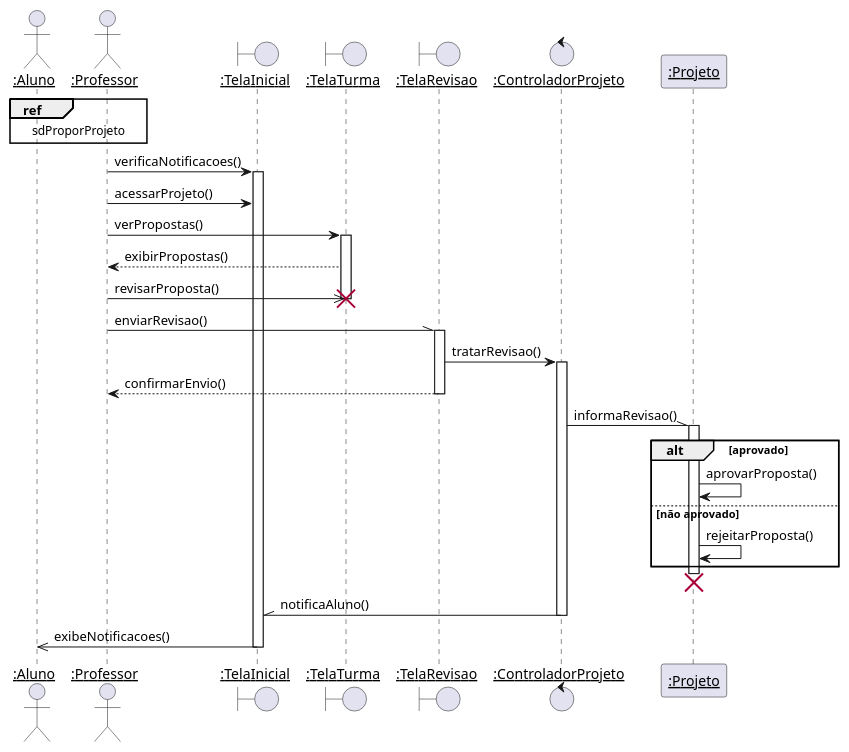
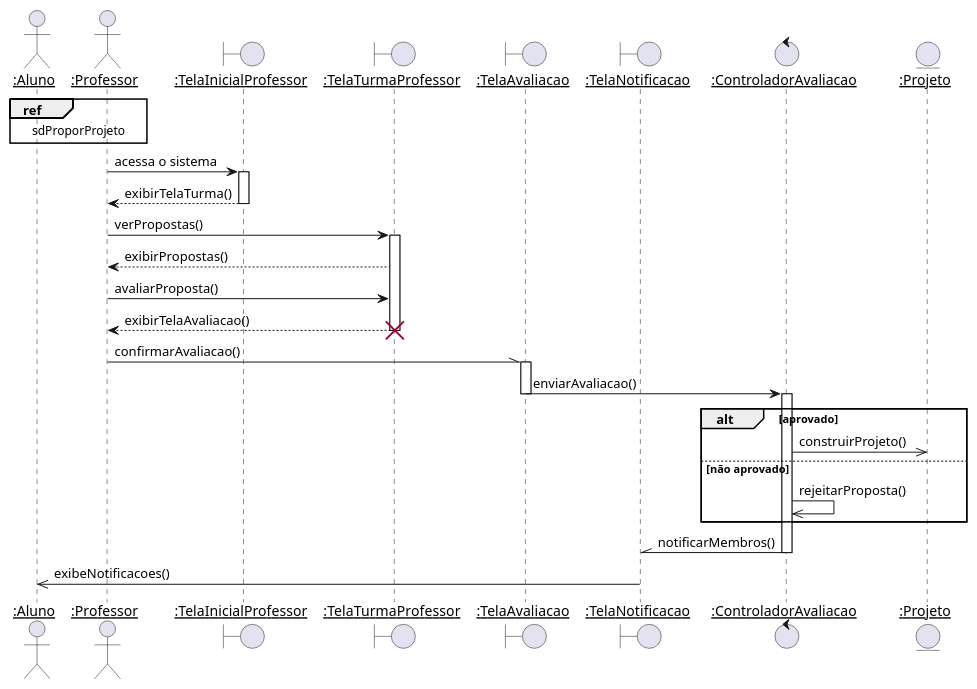
The diagram in diagramas/sequencia/avaliar_proposta.puml (Pedro-V/projetorium), drawn with PlantUML before and after one commit. The commit also changed 5 other files, not shown here.

Commit message:
Primeiros usecases feitos nos diagramas de classe e sequencia

```diff
--- a/diagramas/sequencia/avaliar_proposta.puml
+++ b/diagramas/sequencia/avaliar_proposta.puml
@@ -1,32 +1,32 @@
 @startuml
 skinparam sequenceParticipant underline
 
 actor ":Aluno" as Aluno
 actor ":Professor" as Professor
-boundary ":TelaInicial" as TelaInicial
-boundary ":TelaTurma" as TelaTurma
-boundary ":TelaRevisao" as TelaRevisao
-control ":ControladorProjeto" as ControladorProjeto
-participant ":Projeto" as Projeto
+boundary ":TelaInicialProfessor" as TelaInicialProfessor
+boundary ":TelaTurmaProfessor" as TelaTurmaProfessor
+boundary ":TelaAvaliacao" as TelaAvaliacao
+boundary ":TelaNotificacao" as TelaNotificacao
+control ":ControladorAvaliacao" as ControladorAvaliacao
+entity ":Projeto" as Projeto
 
 ref over Aluno, Professor : sdProporProjeto
 
-Professor -> TelaInicial ++: verificaNotificacoes()
-Professor -> TelaInicial : acessarProjeto()
-Professor -> TelaTurma  ++: verPropostas()
-TelaTurma --> Professor : exibirPropostas()
-Professor ->> TelaTurma : revisarProposta()
-destroy TelaTurma
-Professor -\\ TelaRevisao ++: enviarRevisao()
-TelaRevisao -> ControladorProjeto ++: tratarRevisao()
-TelaRevisao --> Professor --: confirmarEnvio()
-ControladorProjeto -\\ Projeto ++: informaRevisao()
+Professor -> TelaInicialProfessor ++: acessa o sistema
+TelaInicialProfessor --> Professor --: exibirTelaTurma()
+Professor -> TelaTurmaProfessor  ++: verPropostas()
+TelaTurmaProfessor --> Professor : exibirPropostas()
+Professor -> TelaTurmaProfessor : avaliarProposta()
+TelaTurmaProfessor --> Professor : exibirTelaAvaliacao()
+destroy TelaTurmaProfessor
+
+Professor -\\ TelaAvaliacao ++: confirmarAvaliacao()
+TelaAvaliacao -> ControladorAvaliacao --++: enviarAvaliacao()
 alt aprovado
-    Projeto -> Projeto : aprovarProposta()
+  ControladorAvaliacao ->> Projeto : construirProjeto()
 else não aprovado
-    Projeto -> Projeto : rejeitarProposta()
+  ControladorAvaliacao ->> ControladorAvaliacao : rejeitarProposta()
 end
-destroy Projeto
-ControladorProjeto -\\ TelaInicial --: notificaAluno()
-TelaInicial ->> Aluno --: exibeNotificacoes()
+ControladorAvaliacao -\\ TelaNotificacao --: notificarMembros()
+TelaNotificacao ->> Aluno --: exibeNotificacoes()
 @enduml
```
